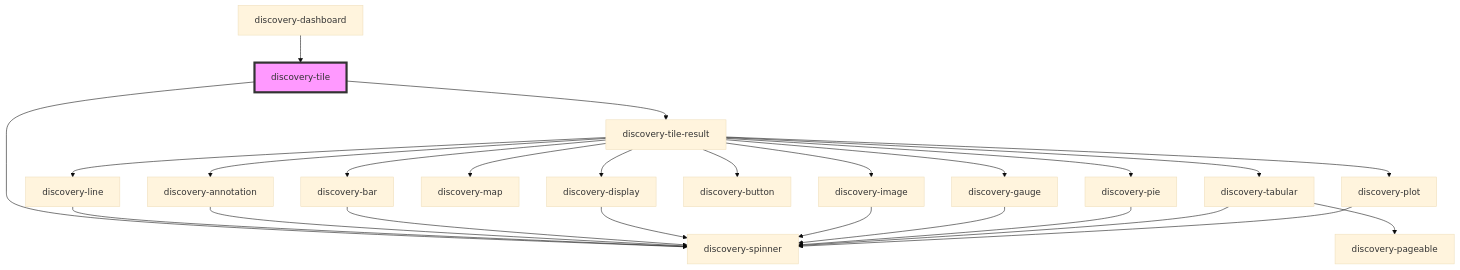
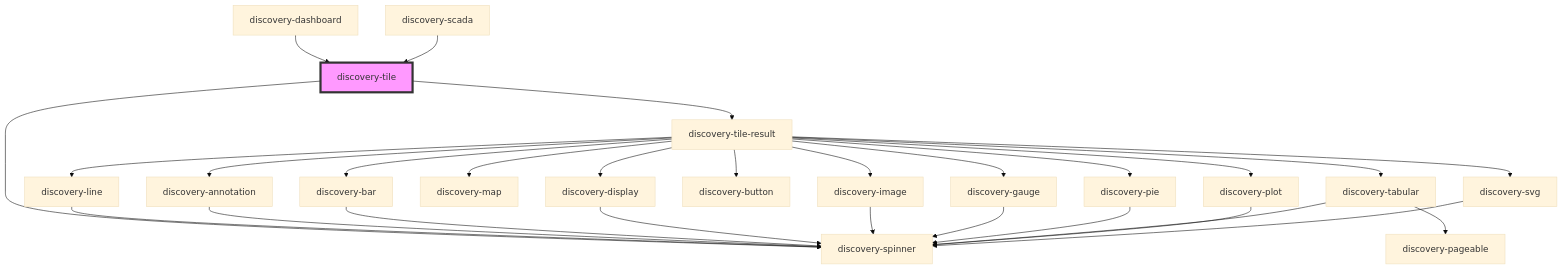
Before and after one commit to senx/discovery-widgets: the diagram in src/components/discovery-tile/readme.md, drawn with Mermaid (base theme). The commit also changed other lines of this file and 14 other files, not shown here.

````diff
--- a/src/components/discovery-tile/readme.md
+++ b/src/components/discovery-tile/readme.md
@@ -42,28 +43,31 @@
 ```mermaid
 graph TD;
   discovery-tile --> discovery-tile-result
   discovery-tile --> discovery-spinner
   discovery-tile-result --> discovery-line
   discovery-tile-result --> discovery-annotation
   discovery-tile-result --> discovery-bar
   discovery-tile-result --> discovery-display
   discovery-tile-result --> discovery-map
   discovery-tile-result --> discovery-image
   discovery-tile-result --> discovery-button
   discovery-tile-result --> discovery-gauge
   discovery-tile-result --> discovery-pie
   discovery-tile-result --> discovery-tabular
   discovery-tile-result --> discovery-plot
+  discovery-tile-result --> discovery-svg
   discovery-line --> discovery-spinner
   discovery-annotation --> discovery-spinner
   discovery-bar --> discovery-spinner
   discovery-display --> discovery-spinner
   discovery-image --> discovery-spinner
   discovery-gauge --> discovery-spinner
   discovery-pie --> discovery-spinner
   discovery-tabular --> discovery-spinner
   discovery-tabular --> discovery-pageable
   discovery-plot --> discovery-spinner
+  discovery-svg --> discovery-spinner
   discovery-dashboard --> discovery-tile
+  discovery-scada --> discovery-tile
   style discovery-tile fill:#f9f,stroke:#333,stroke-width:4px
 ```
````
